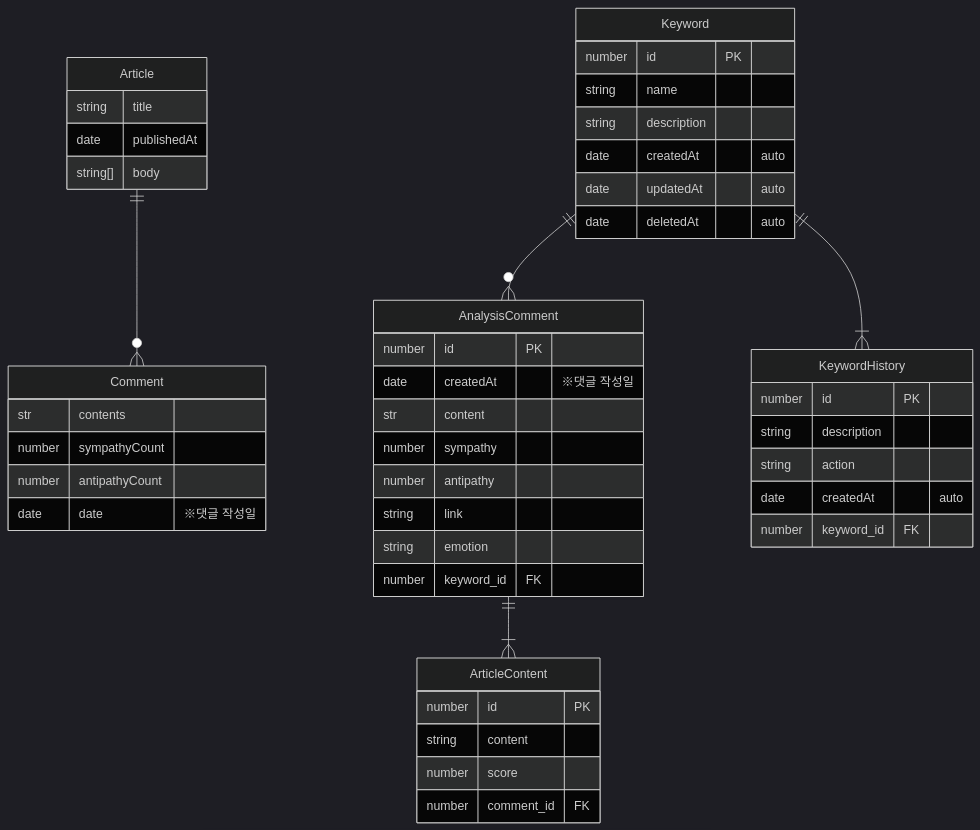
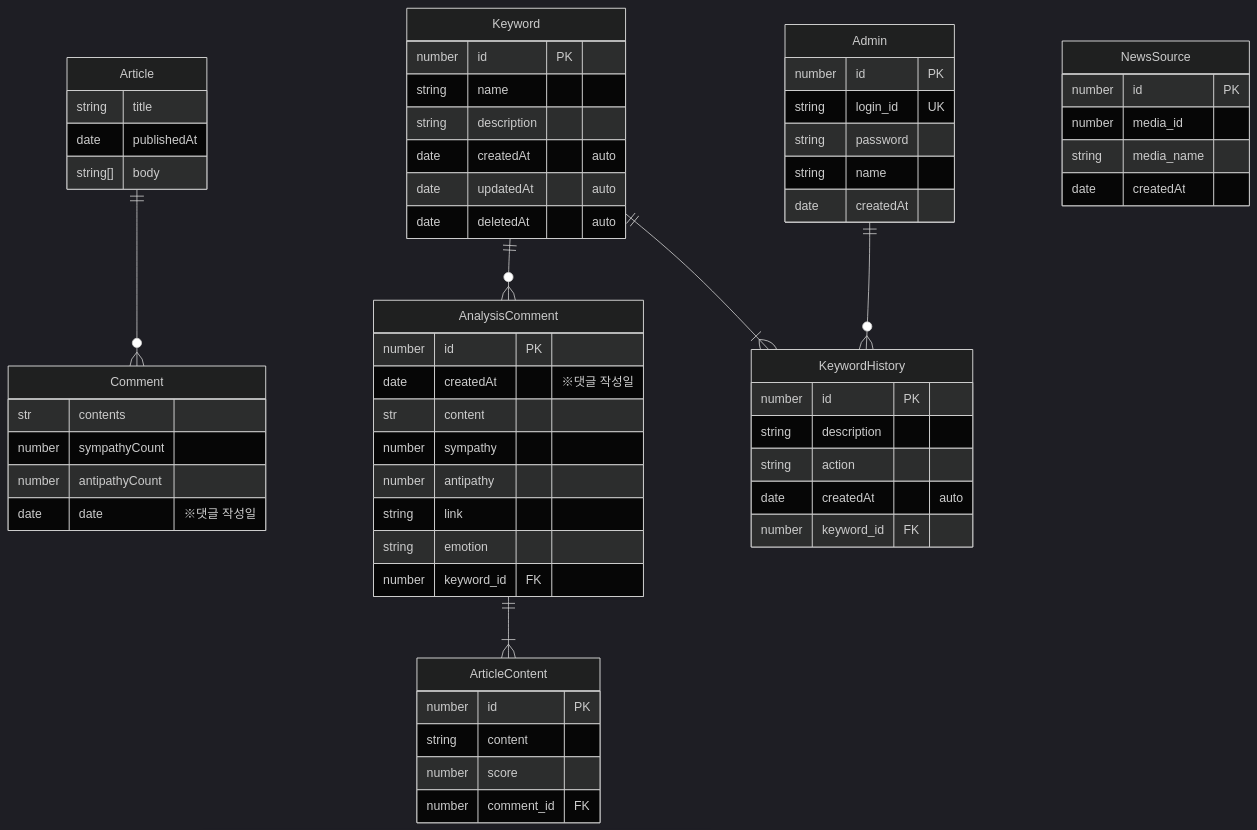
Before and after one commit to CSID-DGU/2023-02-CECD2-4: the diagram in backend/docs/ERD.md, drawn with Mermaid (dark theme). The commit also changed other lines of this file and 1 other file, not shown here.

Commit message:
docs: ERD 및 동작 흐름 관련 문서 내용 보강
- ERD: Admin, NewsSource, Keyword 등 프로젝트에 필요한 엔티티 / 관계 정의
- 동작 흐름: 현재 정의된 흐름 (lambda - lambda - AI 모듈)대로 전체적인 구성 묘사

````diff
--- a/backend/docs/ERD.md
+++ b/backend/docs/ERD.md
@@ -3,55 +3,68 @@
 ```mermaid
 erDiagram
     Comment {
       str contents
       number sympathyCount
       number antipathyCount
       date date "※댓글 작성일"
     }
 
     Article {
       string title
       date publishedAt
       string[] body
     }
 
     AnalysisComment {
       number id PK
       date createdAt "※댓글 작성일"
       str content
       number sympathy
       number antipathy
       string link
       string emotion
       number keyword_id FK
     }
 
     ArticleContent {
       number id PK
       string content
       number score
       number comment_id FK
     }
     
     Keyword {
       number id PK
       string name
       string description
       date createdAt "auto"
       date updatedAt "auto"
       date deletedAt "auto"
     }
 
     KeywordHistory {
       number id PK
       string description
       string action
       date createdAt "auto"
       number keyword_id FK
     }
-
+    Admin {
+      number id PK
+      string login_id UK
+      string password
+      string name
+      date createdAt
+    }
+    NewsSource {
+      number id PK
+      number media_id
+      string media_name
+      date createdAt
+    }
+    Admin ||--o{ KeywordHistory: ""
     Article ||--o{ Comment: ""
     Keyword ||--o{ AnalysisComment: ""
     Keyword ||--|{ KeywordHistory: ""
     AnalysisComment ||--|{ ArticleContent: ""
 ```
````
